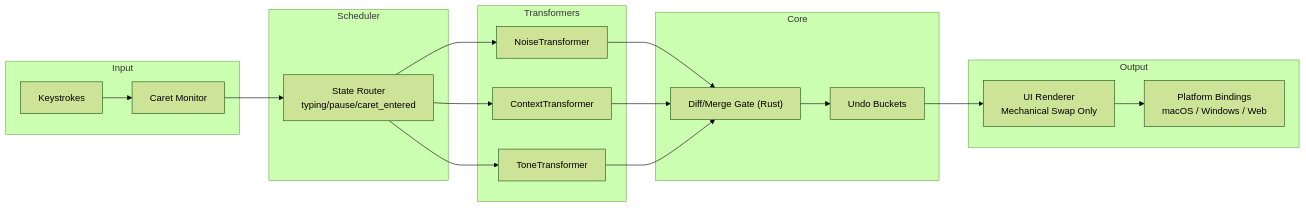
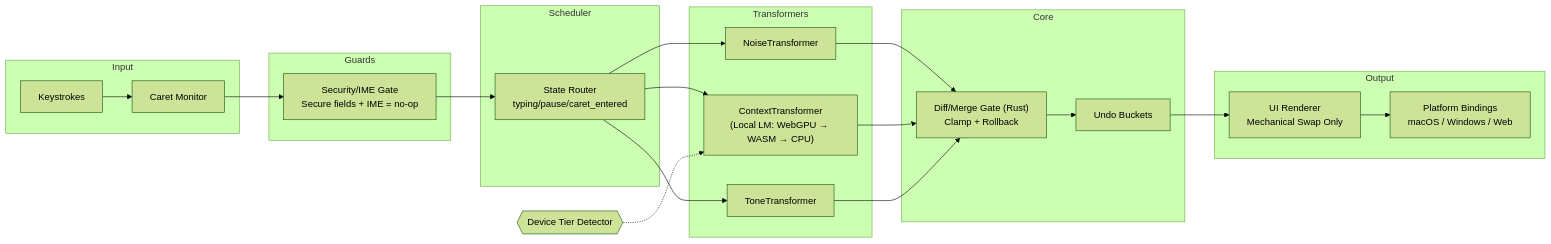
Before and after one commit to becktothefuture/MindType: the diagram in docs/architecture/mindtyper-v0.3.mmd, drawn with Mermaid (forest theme). The commit also changed 6 other files, not shown here.

Commit message:
docs(v0.3): align visuals to mechanical swap, add platform matrix, update diagram and versioning

```diff
--- a/docs/architecture/mindtyper-v0.3.mmd
+++ b/docs/architecture/mindtyper-v0.3.mmd
@@ -1,30 +1,34 @@
 %% MindTyper v0.3 Architecture Diagram
 flowchart LR
     subgraph Input
         A["Keystrokes"]
         B["Caret Monitor"]
     end
+    subgraph Guards
+        S["Security/IME Gate<br>Secure fields + IME = no-op"]
+    end
     subgraph Scheduler
         C["State Router<br>typing/pause/caret_entered"]
     end
     subgraph Transformers
         D["NoiseTransformer"]
-        E["ContextTransformer"]
+        E["ContextTransformer<br>(Local LM: WebGPU → WASM → CPU)"]
         F["ToneTransformer"]
     end
     subgraph Core
-        G["Diff/Merge Gate (Rust)"]
+        G["Diff/Merge Gate (Rust)<br>Clamp + Rollback"]
         H["Undo Buckets"]
     end
     subgraph Output
         I["UI Renderer<br>Mechanical Swap Only"]
         J["Platform Bindings<br>macOS / Windows / Web"]
     end
-    A --> B --> C
+    A --> B --> S --> C
     C --> D
     C --> E
     C --> F
     D --> G
     E --> G
+    T{{"Device Tier Detector"}} -.-> E
     F --> G
     G --> H --> I --> J
```
